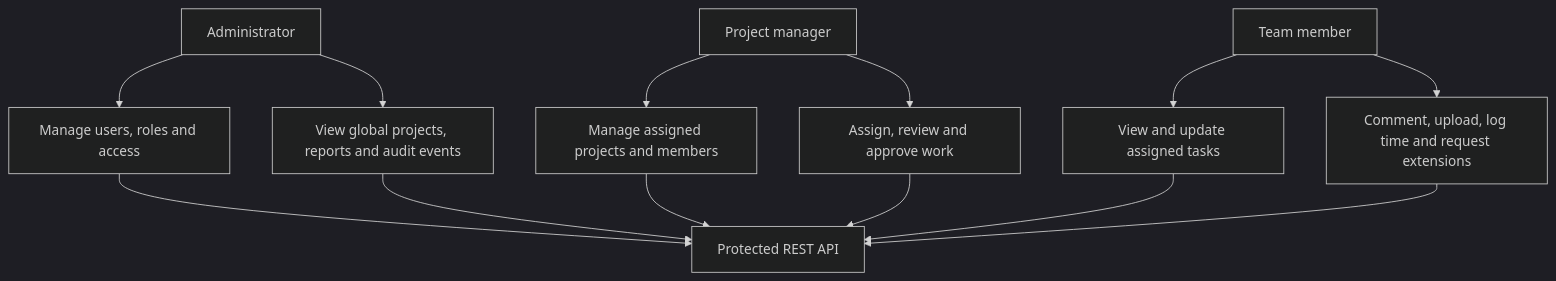
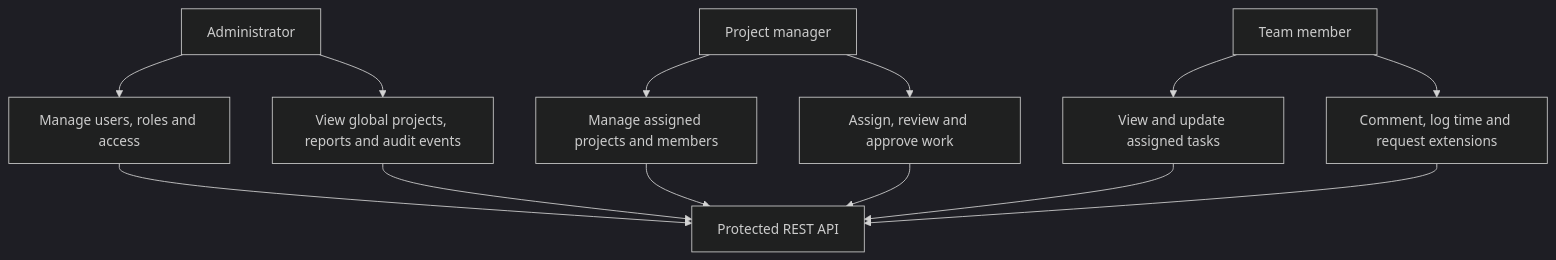
Before and after one commit to Waqar-743/Project-and-team-management-platform: the third of 3 diagrams in README.md, drawn with Mermaid (dark theme). The commit also changed other lines of this file and 10 other files, not shown here.

````diff
--- a/README.md
+++ b/README.md
@@ -218,15 +215,15 @@
 ```mermaid
 flowchart TB
   Admin[Administrator] --> Users[Manage users, roles and access]
   Admin --> Global[View global projects, reports and audit events]
   Manager[Project manager] --> Projects[Manage assigned projects and members]
   Manager --> Review[Assign, review and approve work]
   Member[Team member] --> Tasks[View and update assigned tasks]
-  Member --> Collaborate[Comment, upload, log time and request extensions]
+  Member --> Collaborate[Comment, log time and request extensions]
   Users --> API[Protected REST API]
   Global --> API
   Projects --> API
   Review --> API
   Tasks --> API
   Collaborate --> API
 ```
````
